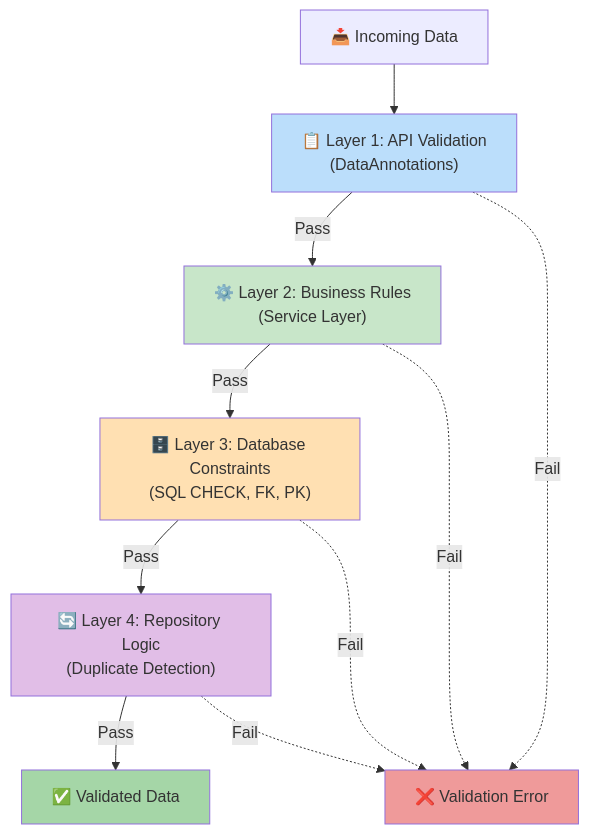
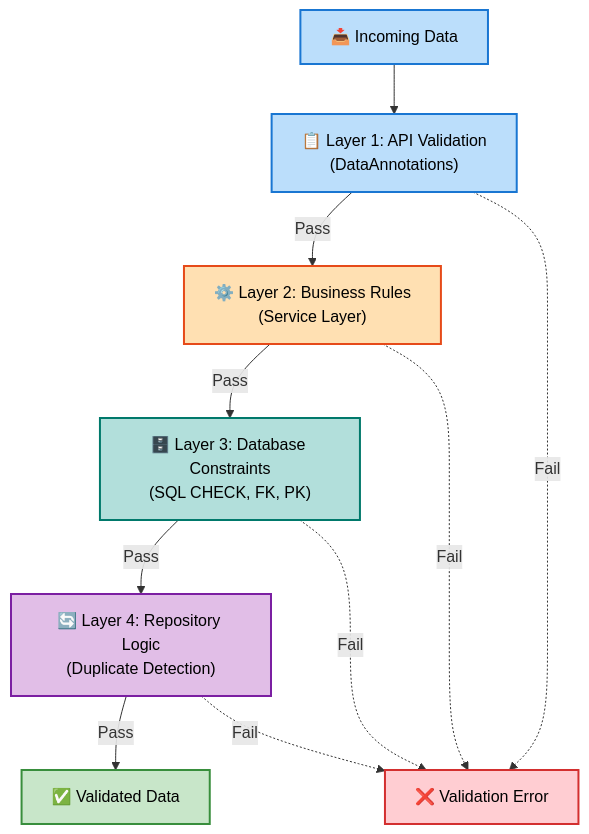
Before and after one commit to Evilazaro/Azure-LogicApps-Monitoring: the third of 8 diagrams in docs/architecture/data-Architecture.md, drawn with Mermaid. The commit also changed other lines of this file and 1 other file, not shown here.

Commit message:
docs: enhance color scheme documentation and accessibility features in data architecture diagrams

````diff
--- a/docs/architecture/data-Architecture.md
+++ b/docs/architecture/data-Architecture.md
@@ -418,35 +462,47 @@
 ```mermaid
 flowchart TB
     accTitle: Data Quality Enforcement Layers
     accDescr: Four-layer validation architecture from API annotations through database constraints ensuring comprehensive data quality
 
+    %% ============================================
+    %% STANDARD COLOR SCHEME v2.1
+    %% ============================================
+    classDef level1Group fill:#E8EAF6,stroke:#3F51B5,stroke-width:3px,color:#000
+    classDef level2Group fill:#C5CAE9,stroke:#3F51B5,stroke-width:2px,color:#000
+    classDef level3Group fill:#9FA8DA,stroke:#3F51B5,stroke-width:2px,color:#000
+    classDef level4Group fill:#7986CB,stroke:#3F51B5,stroke-width:1px,color:#000
+    classDef mainGroup fill:#E8EAF6,stroke:#3F51B5,stroke-width:3px,color:#000
+    classDef subGroup fill:#C5CAE9,stroke:#3F51B5,stroke-width:2px,color:#000
+    classDef mdBlue fill:#BBDEFB,stroke:#1976D2,stroke-width:2px,color:#000
+    classDef mdGreen fill:#C8E6C9,stroke:#388E3C,stroke-width:2px,color:#000
+    classDef mdYellow fill:#FFF9C4,stroke:#F57F17,stroke-width:2px,color:#000
+    classDef mdRed fill:#FFCDD2,stroke:#D32F2F,stroke-width:2px,color:#000
+    classDef mdOrange fill:#FFE0B2,stroke:#E64A19,stroke-width:2px,color:#000
+    classDef mdPurple fill:#E1BEE7,stroke:#7B1FA2,stroke-width:2px,color:#000
+    classDef mdTeal fill:#B2DFDB,stroke:#00796B,stroke-width:2px,color:#000
+    classDef mdGrey fill:#F5F5F5,stroke:#616161,stroke-width:2px,color:#000
+
     %% Validation Layers
-    layer1["📋 Layer 1: API Validation<br/>(DataAnnotations)"]
-    layer2["⚙️ Layer 2: Business Rules<br/>(Service Layer)"]
-    layer3["🗄️ Layer 3: Database Constraints<br/>(SQL CHECK, FK, PK)"]
-    layer4["🔄 Layer 4: Repository Logic<br/>(Duplicate Detection)"]
+    layer1["📋 Layer 1: API Validation<br/>(DataAnnotations)"]:::mdBlue
+    layer2["⚙️ Layer 2: Business Rules<br/>(Service Layer)"]:::mdOrange
+    layer3["🗄️ Layer 3: Database Constraints<br/>(SQL CHECK, FK, PK)"]:::mdTeal
+    layer4["🔄 Layer 4: Repository Logic<br/>(Duplicate Detection)"]:::mdPurple
 
     %% Data Flow
-    input["📥 Incoming Data"]
-    output["✅ Validated Data"]
-    reject["❌ Validation Error"]
+    input["📥 Incoming Data"]:::mdBlue
+    output["✅ Validated Data"]:::mdGreen
+    reject["❌ Validation Error"]:::mdRed
 
     %% Relationships
     input --> layer1
     layer1 -->|"Pass"| layer2
     layer1 -.->|"Fail"| reject
     layer2 -->|"Pass"| layer3
     layer2 -.->|"Fail"| reject
     layer3 -->|"Pass"| layer4
     layer3 -.->|"Fail"| reject
     layer4 -->|"Pass"| output
     layer4 -.->|"Fail"| reject
 
-    %% Styling
-    style layer1 fill:#BBDEFB
-    style layer2 fill:#C8E6C9
-    style layer3 fill:#FFE0B2
-    style layer4 fill:#E1BEE7
-    style output fill:#A5D6A7
-    style reject fill:#EF9A9A
+    %% Accessibility: WCAG AA verified (4.5:1 contrast ratio)
 ```
````
